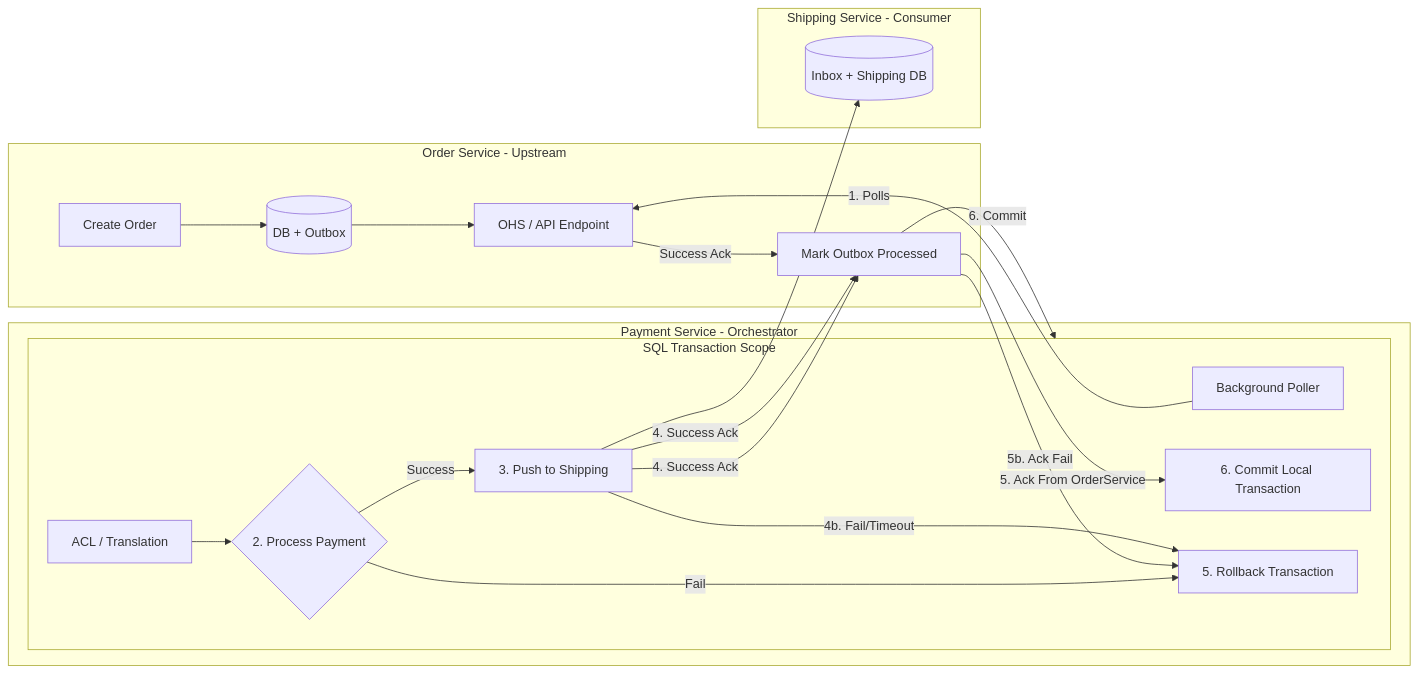
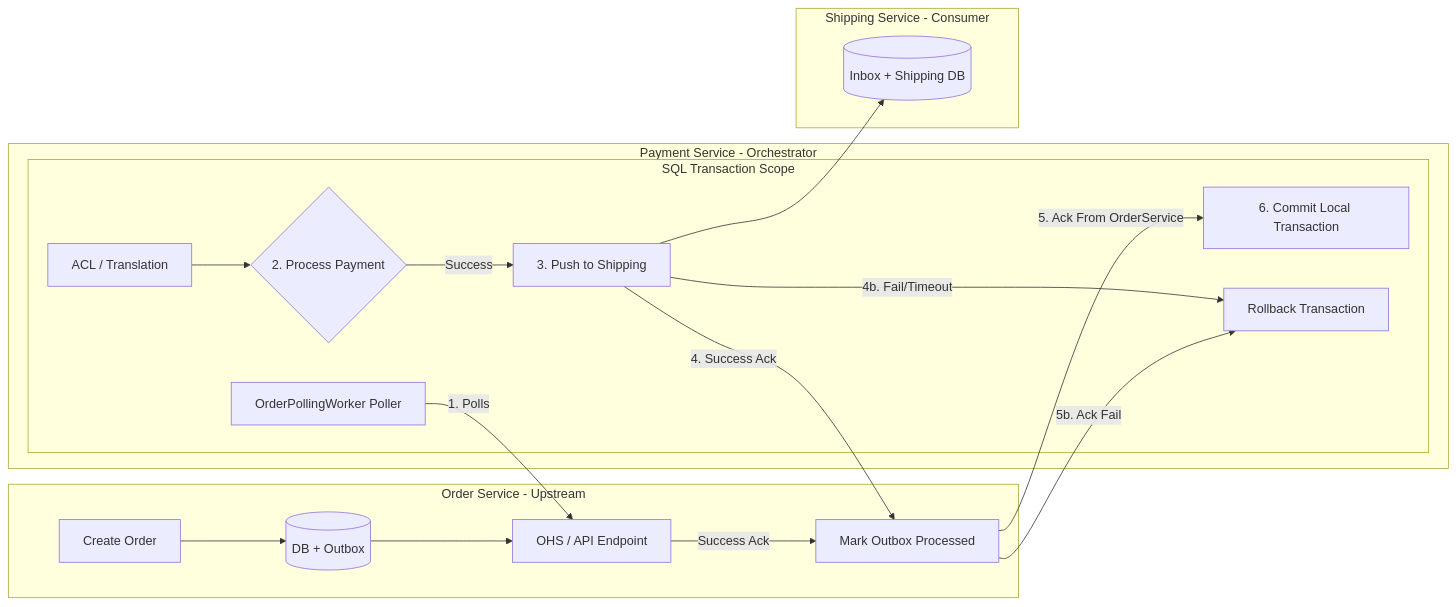
One commit to saritakumar-dev/My-DDD-Portfolio changed the diagram in FulfillmentSystem/ReadMe.md. Above: the diagram before and after it, drawn with Mermaid.

````diff
--- a/FulfillmentSystem/ReadMe.md
+++ b/FulfillmentSystem/ReadMe.md
@@ -23,32 +23,28 @@
 ```mermaid
 graph LR
     subgraph OrderService [Order Service - Upstream]
         A[Create Order] --> B[(DB + Outbox)]
         B --> C[OHS / API Endpoint]
         C -- Success Ack --> L[Mark Outbox Processed]
     end
 
     subgraph PaymentService [Payment Service - Orchestrator]
          subgraph Transaction [SQL Transaction Scope]
-            D[Background Poller] -- 1. Polls --> C
+            D[OrderPollingWorker Poller] -- 1. Polls --> C
             E[ACL / Translation] --> F{2. Process Payment}
             F -- Success --> G[3. Push to Shipping]
             
             %% The Logic: Shipping -> OrderService -> Local Commit
             G -- 4. Success Ack --> L
             L -- 5. Ack From OrderService--> M[6. Commit Local Transaction]
             
             %% The Fallback
             G -- 4b. Fail/Timeout --> H[Rollback Transaction]
             L -- 5b. Ack Fail --> H
         end
-        
-        G -- 4. Success Ack --> L
-        F -- Fail --> H[5. Rollback Transaction]
-        L -- 6. Commit --> Transaction
     end
 
     subgraph ShippingService [Shipping Service - Consumer]
         G --> I[(Inbox + Shipping DB)]
     end
 ```
````
